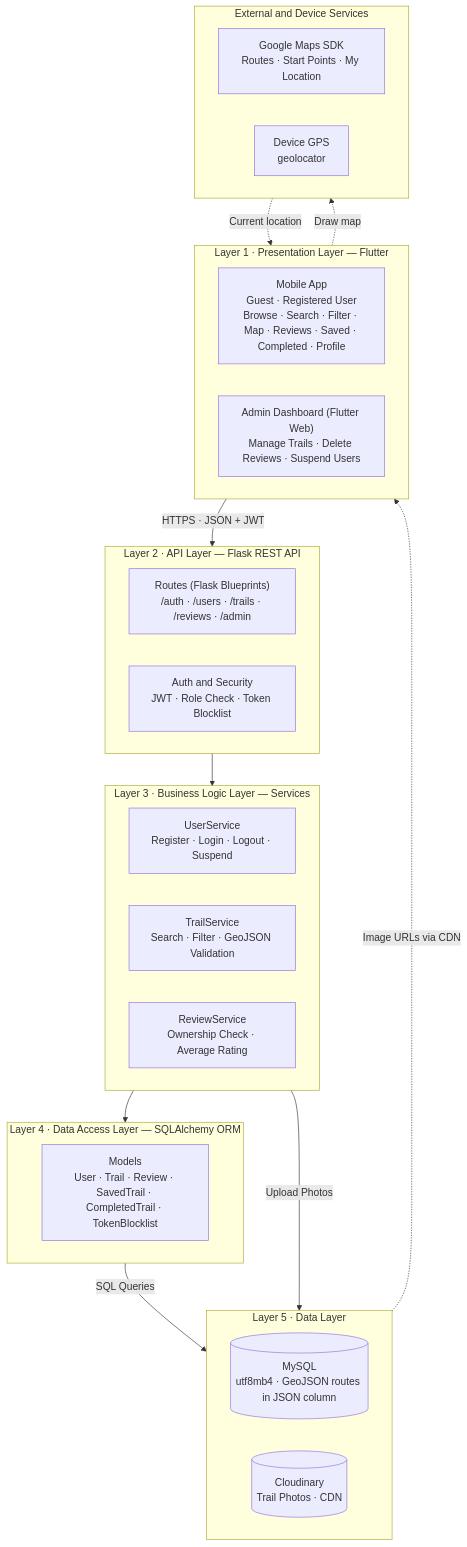
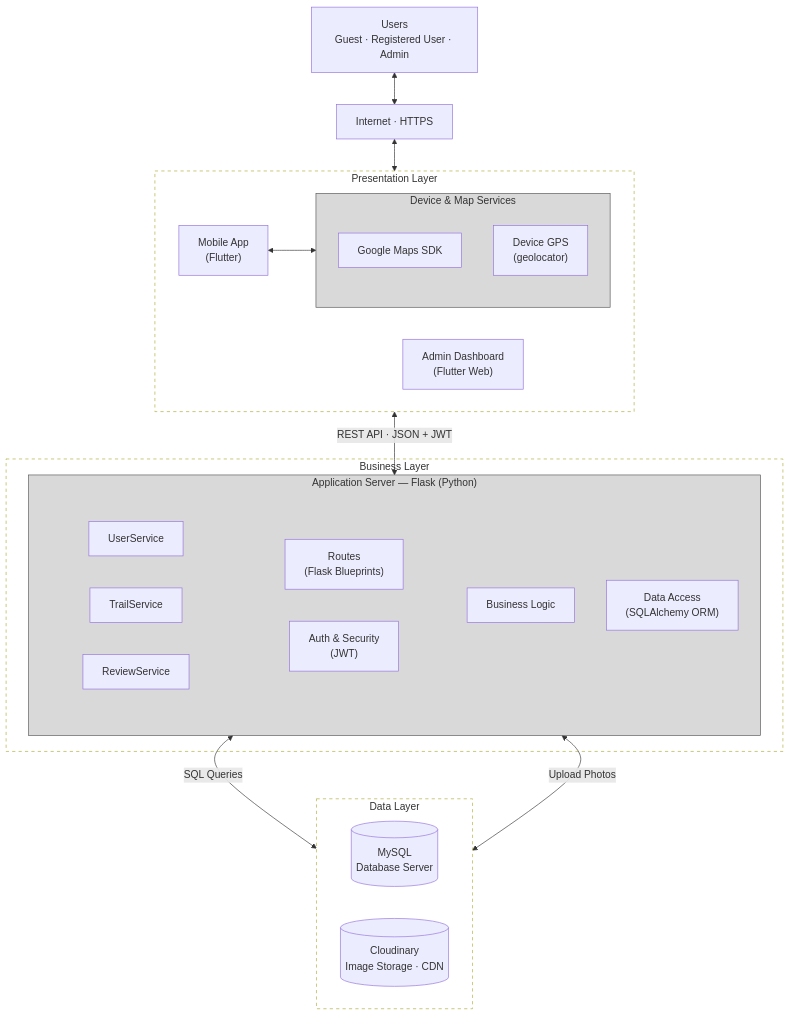
Before and after one commit to SarahAlkhubaizy/try: the diagram in sos/README.md, drawn with Mermaid. The commit also changed other lines of this file, not shown here.

````diff
--- a/sos/README.md
+++ b/sos/README.md
@@ -504,46 +1,56 @@
 ```mermaid
 flowchart TB
-    subgraph L1["Layer 1 · Presentation Layer — Flutter"]
+    CLIENT["Users<br/>Guest · Registered User · Admin"]
+    NET["Internet · HTTPS"]
+
+    subgraph PL["Presentation Layer"]
         direction LR
-        APP["Mobile App<br/>Guest · Registered User<br/>Browse · Search · Filter · Map · Reviews · Saved · Completed · Profile"]
-        ADMIN["Admin Dashboard (Flutter Web)<br/>Manage Trails · Delete Reviews · Suspend Users"]
+        APP["Mobile App<br/>(Flutter)"]
+        ADMIN["Admin Dashboard<br/>(Flutter Web)"]
+        subgraph DEV["Device & Map Services"]
+            direction TB
+            MAPS["Google Maps SDK"]
+            GPS["Device GPS<br/>(geolocator)"]
+        end
     end
 
-    subgraph L2["Layer 2 · API Layer — Flask REST API"]
-        direction LR
-        ROUTES["Routes (Flask Blueprints)<br/>/auth · /users · /trails · /reviews · /admin"]
-        SEC["Auth and Security<br/>JWT · Role Check · Token Blocklist"]
+    subgraph BL["Business Layer"]
+        subgraph AS["Application Server — Flask (Python)"]
+            direction TB
+            subgraph R1[" "]
+                direction LR
+                ROUTES["Routes<br/>(Flask Blueprints)"]
+                AUTH["Auth & Security<br/>(JWT)"]
+            end
+            LOGIC["Business Logic"]
+            subgraph R2[" "]
+                direction LR
+                US["UserService"]
+                TS["TrailService"]
+                RS["ReviewService"]
+            end
+            DA["Data Access<br/>(SQLAlchemy ORM)"]
+        end
     end
 
-    subgraph L3["Layer 3 · Business Logic Layer — Services"]
+    subgraph DL["Data Layer"]
         direction LR
-        US["UserService<br/>Register · Login · Logout · Suspend"]
-        TS["TrailService<br/>Search · Filter · GeoJSON Validation"]
-        RS["ReviewService<br/>Ownership Check · Average Rating"]
+        DB[("MySQL<br/>Database Server")]
+        CLOUD[("Cloudinary<br/>Image Storage · CDN")]
     end
 
-    subgraph L4["Layer 4 · Data Access Layer — SQLAlchemy ORM"]
-        MODELS["Models<br/>User · Trail · Review · SavedTrail · CompletedTrail · TokenBlocklist"]
-    end
+    CLIENT <--> NET
+    NET <--> PL
+    APP <--> DEV
+    PL <-->|REST API · JSON + JWT| AS
+    AS <-->|SQL Queries| DB
+    AS <-->|Upload Photos| CLOUD
 
-    subgraph L5["Layer 5 · Data Layer"]
-        direction LR
-        DB[("MySQL<br/>utf8mb4 · GeoJSON routes in JSON column")]
-        CLOUD[("Cloudinary<br/>Trail Photos · CDN")]
-    end
-
-    subgraph EXT["External and Device Services"]
-        direction LR
-        MAPS["Google Maps SDK<br/>Routes · Start Points · My Location"]
-        GPS["Device GPS<br/>geolocator"]
-    end
-
-    L1 -->|HTTPS · JSON + JWT| L2
-    L2 --> L3
-    L3 --> L4
-    L4 -->|SQL Queries| DB
-    L3 -->|Upload Photos| CLOUD
-    CLOUD -.->|Image URLs via CDN| APP
-    APP -.->|Draw map| MAPS
-    GPS -.->|Current location| APP
+    style PL fill:none,stroke-dasharray: 5 5
+    style BL fill:none,stroke-dasharray: 5 5
+    style DL fill:none,stroke-dasharray: 5 5
+    style AS fill:#d9d9d9,stroke:#555
+    style DEV fill:#d9d9d9,stroke:#555
+    style R1 fill:none,stroke:none
+    style R2 fill:none,stroke:none
 ```
````
